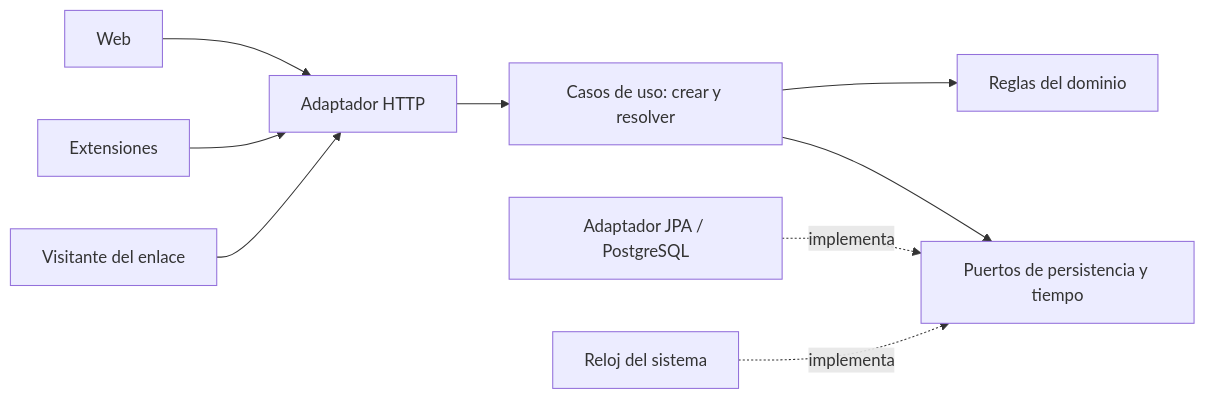
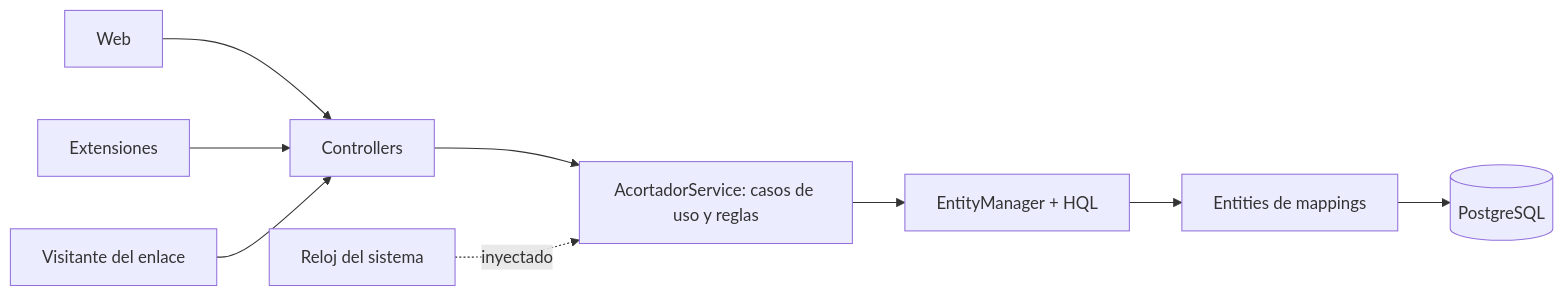
Before and after one commit to SpendIce/PP6-TPIntegrador: the first of 2 diagrams in docs/arquitectura-y-validacion.md, drawn with Mermaid. The commit also changed other lines of this file and 3 other files, not shown here.

````diff
--- a/docs/arquitectura-y-validacion.md
+++ b/docs/arquitectura-y-validacion.md
@@ -9,11 +9,11 @@
 ```mermaid
 flowchart LR
-    W[Web] --> H[Adaptador HTTP]
-    E[Extensiones] --> H
-    V[Visitante del enlace] --> H
-    H --> U[Casos de uso: crear y resolver]
-    U --> D[Reglas del dominio]
-    U --> P[Puertos de persistencia y tiempo]
-    J[Adaptador JPA / PostgreSQL] -. implementa .-> P
-    C[Reloj del sistema] -. implementa .-> P
+    W[Web] --> C[Controllers]
+    E[Extensiones] --> C
+    V[Visitante del enlace] --> C
+    C --> S[AcortadorService: casos de uso y reglas]
+    S --> Q[EntityManager + HQL]
+    Q --> M[Entities de mappings]
+    M --> P[(PostgreSQL)]
+    R[Reloj del sistema] -. inyectado .-> S
 ```
````
